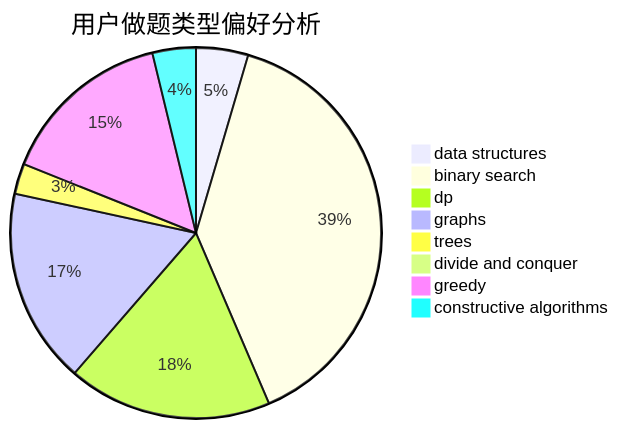
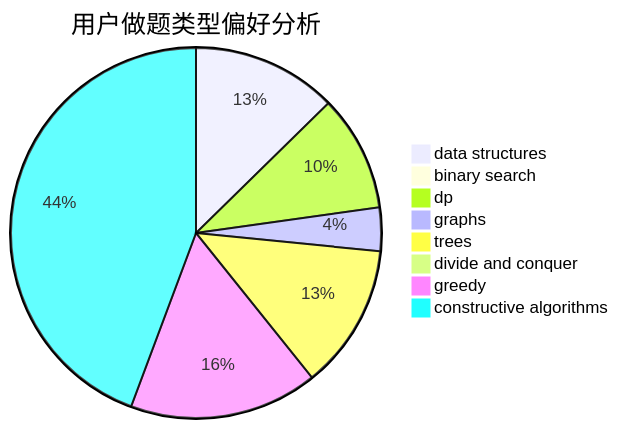
The second of 3 diagrams in docs/user/u2263.md (sherpahu/cfrs.github.io), drawn with Mermaid before and after one commit. The commit also changed other lines of this file and 2770 other files, not shown here.

````diff
--- a/docs/user/u2263.md
+++ b/docs/user/u2263.md
@@ -23,11 +23,11 @@
 ```mermaid
 pie title 用户做题类型偏好分析
-    "data structures" :  12
-    "binary search" :  103
-    "dp" :  47
-    "graphs" :  45
-    "trees" :  7
+    "data structures" :  10
+    "binary search" :  0
+    "dp" :  8
+    "graphs" :  3
+    "trees" :  10
     "divide and conquer" :  0
-    "greedy" :  40
-    "constructive algorithms" :  10
+    "greedy" :  13
+    "constructive algorithms" :  35
 ```
````
